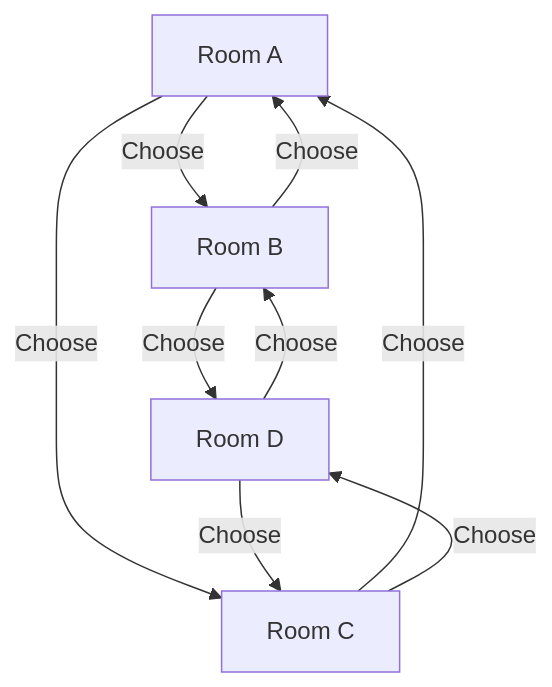
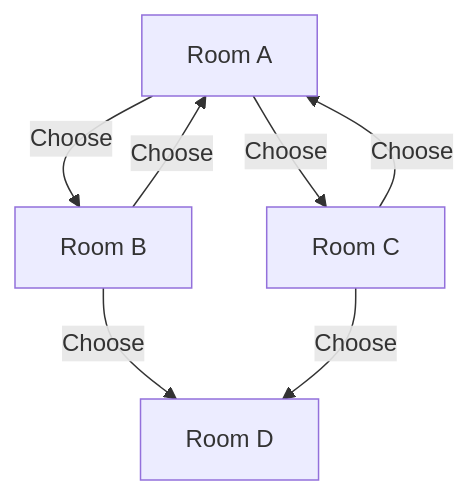
The fourth of 4 diagrams in docs/src/content/docs/spec/traversal.md (tiberius-s/fireside), drawn with Mermaid before and after one commit. The commit also changed other lines of this file and 13 other files, not shown here.

````diff
--- a/docs/src/content/docs/spec/traversal.md
+++ b/docs/src/content/docs/spec/traversal.md
@@ -377,11 +153,9 @@
 ```mermaid
 graph TD
-    A[Room A] -->|Choose| B[Room B]
-    A -->|Choose| C[Room C]
-    B -->|Choose| A
-    B -->|Choose| D[Room D]
-    C -->|Choose| A
-    C -->|Choose| D
-    D -->|Choose| B
-    D -->|Choose| C
+  A[Room A] -->|Choose| B[Room B]
+  A -->|Choose| C[Room C]
+  B -->|Choose| A
+  B -->|Choose| D[Room D]
+  C -->|Choose| A
+  C -->|Choose| D
 ```
````
